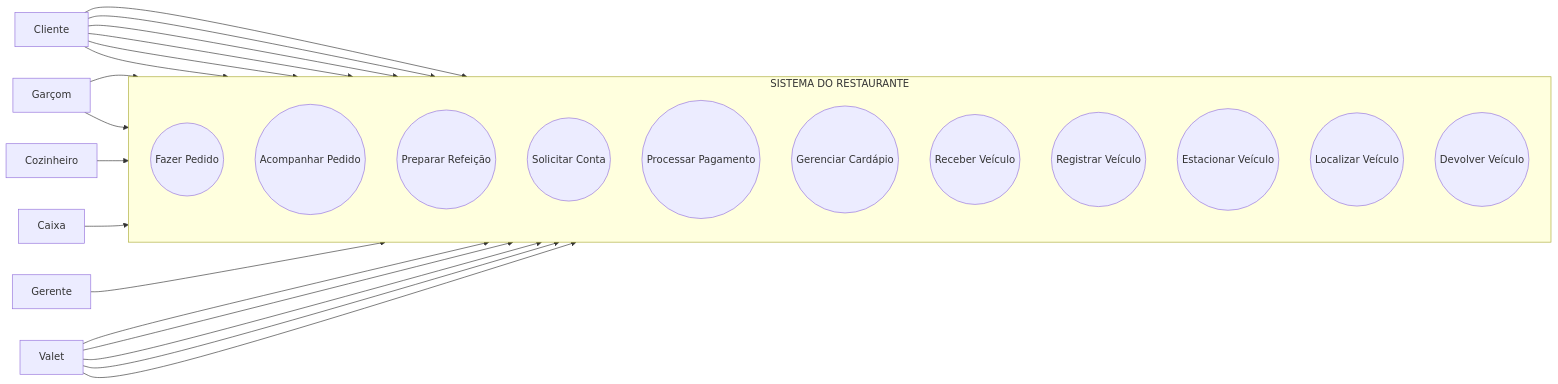
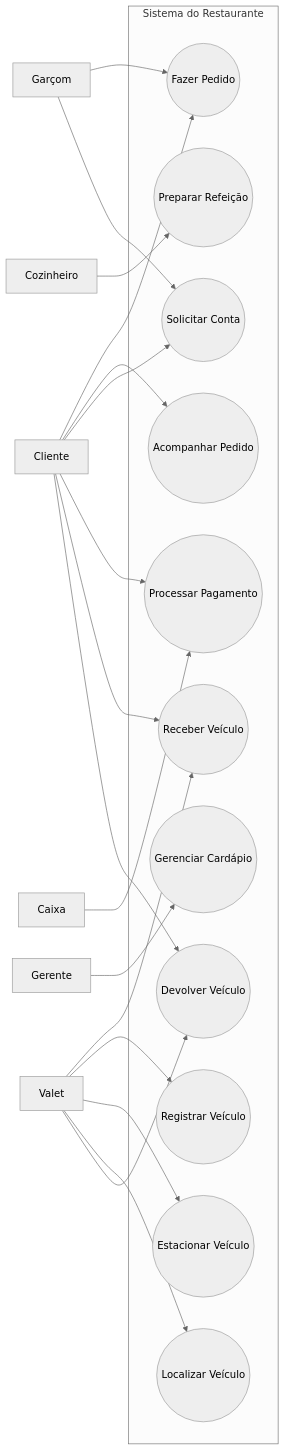
The diagram in uso.mmd (SyntaxKills/diagramas), drawn with Mermaid before and after one commit.

```diff
--- a/uso.mmd
+++ b/uso.mmd
@@ -1,46 +1,34 @@
-flowchart LR
-
-    Cliente["Cliente"]
-    Garcom["Garçom"]
-    Cozinheiro["Cozinheiro"]
-    Caixa["Caixa"]
-    Gerente["Gerente"]
-    Valet["Valet"]
-
-    subgraph Sistema["SISTEMA DO RESTAURANTE"]
-        direction TB
-
-        UC1(("Fazer Pedido"))
-        UC2(("Acompanhar Pedido"))
-        UC3(("Preparar Refeição"))
-        UC4(("Solicitar Conta"))
-        UC5(("Processar Pagamento"))
-        UC6(("Gerenciar Cardápio"))
-        UC7(("Receber Veículo"))
-        UC8(("Registrar Veículo"))
-        UC9(("Estacionar Veículo"))
-        UC10(("Localizar Veículo"))
-        UC11(("Devolver Veículo"))
+%%{init: {"theme":"neutral"}}%%
+graph LR
+    subgraph Sistema["Sistema do Restaurante"]
+        UC1((Fazer Pedido))
+        UC2((Acompanhar Pedido))
+        UC3((Preparar Refeição))
+        UC4((Solicitar Conta))
+        UC5((Processar Pagamento))
+        UC6((Gerenciar Cardápio))
+        UC7((Receber Veículo))
+        UC8((Registrar Veículo))
+        UC9((Estacionar Veículo))
+        UC10((Localizar Veículo))
+        UC11((Devolver Veículo))
     end
 
-    Cliente --> UC1
+    Cliente[Cliente] --> UC1
     Cliente --> UC2
     Cliente --> UC4
     Cliente --> UC5
     Cliente --> UC7
     Cliente --> UC11
 
-    Garcom --> UC1
+    Garcom[Garçom] --> UC1
     Garcom --> UC4
+    Cozinheiro[Cozinheiro] --> UC3
+    Caixa[Caixa] --> UC5
+    Gerente[Gerente] --> UC6
 
-    Cozinheiro --> UC3
-
-    Caixa --> UC5
-
-    Gerente --> UC6
-
-    Valet --> UC7
+    Valet[Valet] --> UC7
     Valet --> UC8
     Valet --> UC9
     Valet --> UC10
     Valet --> UC11
```
